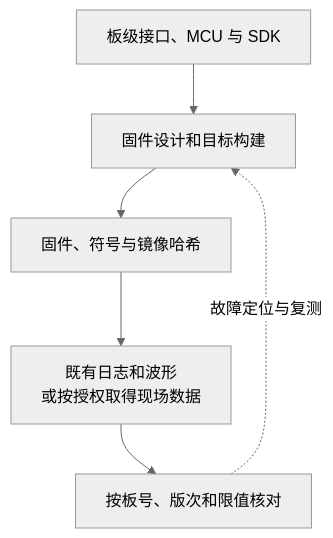
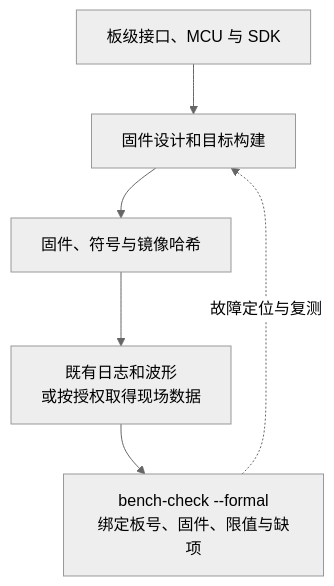
Before and after one commit to zhr1008/hardware-design-skills: the eighth of 9 diagrams in docs/architecture-guide.md, drawn with Mermaid (neutral theme). The commit also changed other lines of this file and 109 other files, not shown here.

````diff
--- a/docs/architecture-guide.md
+++ b/docs/architecture-guide.md
@@ -118,8 +126,8 @@
 ```mermaid
 flowchart TD
   A["板级接口、MCU 与 SDK"] --> B["固件设计和目标构建"]
   B --> C["固件、符号与镜像哈希"]
   C --> D["既有日志和波形<br/>或按授权取得现场数据"]
-  D --> E["按板号、版次和限值核对"]
+  D --> E["bench-check --formal<br/>绑定板号、固件、限值与缺项"]
   E -. "故障定位与复测" .-> B
 ```
````
